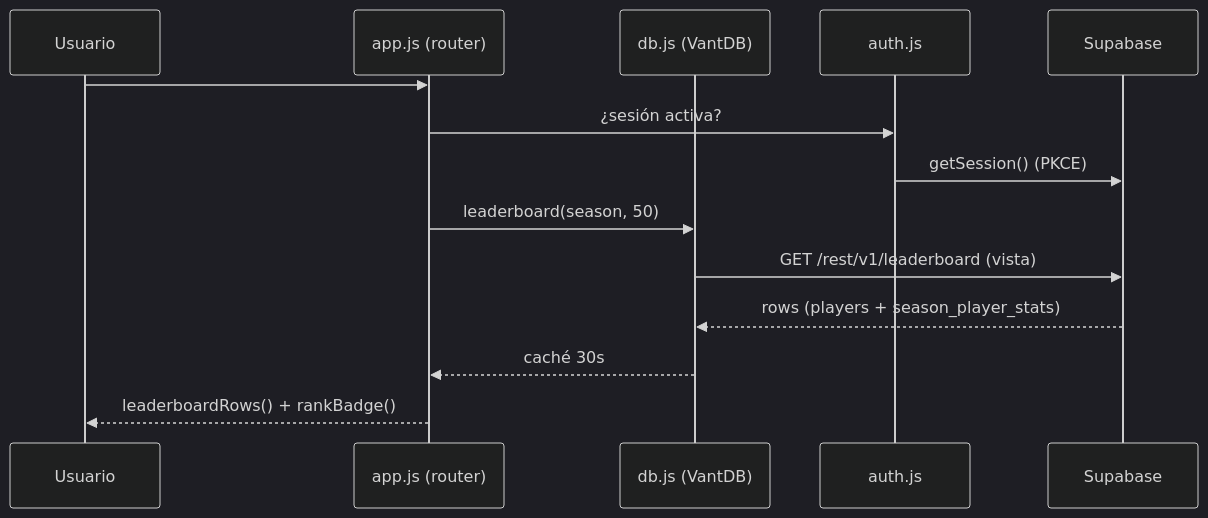
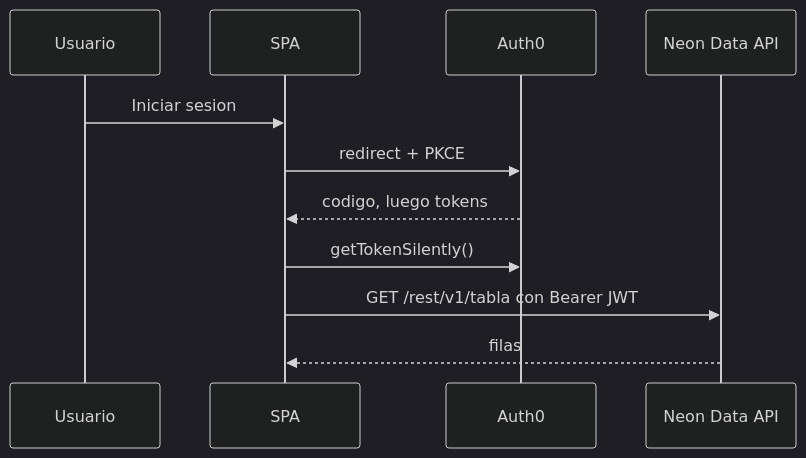
Before and after one commit to feispla/Vantcall: the second of 2 diagrams in ARCHITECTURE.md, drawn with Mermaid (dark theme). The commit also changed other lines of this file, not shown here.

Commit message:
docs: nueva ARCHITECTURE con Auth0 y Neon

````diff
--- a/ARCHITECTURE.md
+++ b/ARCHITECTURE.md
@@ -119,17 +89,13 @@
 ```mermaid
 sequenceDiagram
     participant U as Usuario
-    participant SPA as app.js (router)
-    participant DB as db.js (VantDB)
-    participant AU as auth.js
-    participant SB as Supabase
-
-    U->>SPA: #/ranked
-    SPA->>AU: ¿sesión activa?
-    AU->>SB: getSession() (PKCE)
-    SPA->>DB: leaderboard(season, 50)
-    DB->>SB: GET /rest/v1/leaderboard (vista)
-    SB-->>DB: rows (players + season_player_stats)
-    DB-->>SPA: caché 30s
-    SPA-->>U: leaderboardRows() + rankBadge()
+    participant SPA as SPA
+    participant A0 as Auth0
+    participant API as Neon Data API
+    U->>SPA: Iniciar sesion
+    SPA->>A0: redirect + PKCE
+    A0-->>SPA: codigo, luego tokens
+    SPA->>A0: getTokenSilently()
+    SPA->>API: GET /rest/v1/tabla con Bearer JWT
+    API-->>SPA: filas
 ```
````
